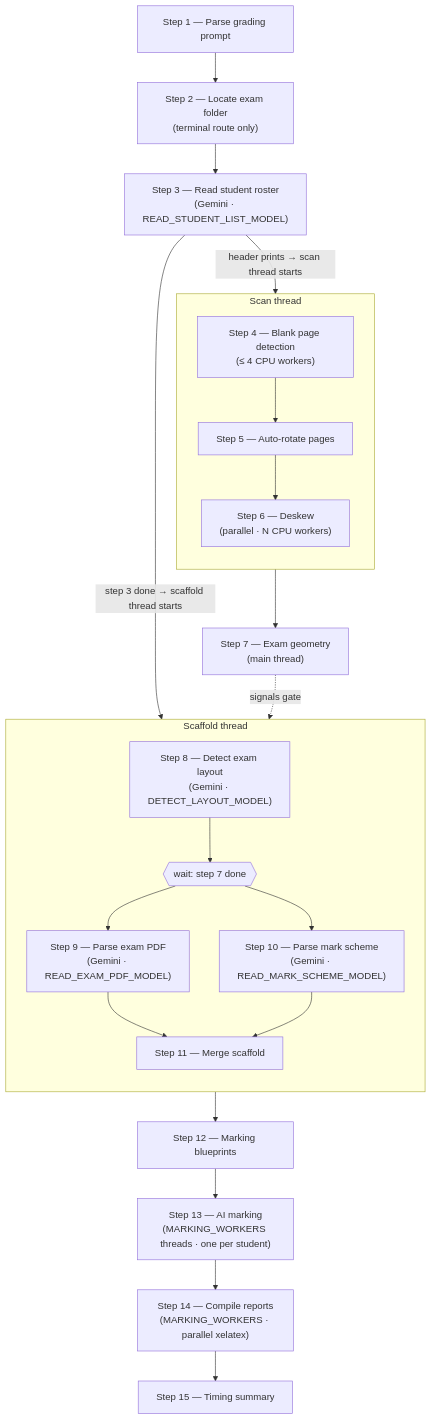
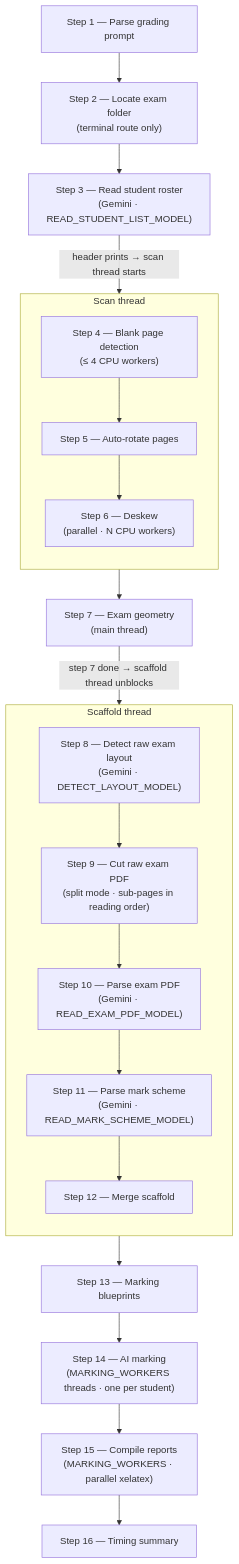
The third of 3 diagrams in README.md (JoschkaKoen/IGCSE-Exercise-Sheet-Generator-1), drawn with Mermaid before and after one commit. The commit also changed other lines of this file and 5 other files, not shown here.

First line of the commit message:
xscore: force_rebuild scaffold; blueprint subpage labels; marking prompt

````diff
--- a/README.md
+++ b/README.md
@@ -168,39 +168,36 @@
 ```mermaid
 flowchart TD
     s1["Step 1 — Parse grading prompt"]
     s2["Step 2 — Locate exam folder\n(terminal route only)"]
     s3["Step 3 — Read student roster\n(Gemini · READ_STUDENT_LIST_MODEL)"]
     s1 --> s2 --> s3
 
     s3 -->|"header prints → scan thread starts"| s4
-    s3 -->|"step 3 done → scaffold thread starts"| s8
 
     subgraph scan ["Scan thread"]
         direction TB
         s4["Step 4 — Blank page detection\n(≤ 4 CPU workers)"]
         s5["Step 5 — Auto-rotate pages"]
         s6["Step 6 — Deskew\n(parallel · N CPU workers)"]
         s4 --> s5 --> s6
     end
 
     s6 --> s7["Step 7 — Exam geometry\n(main thread)"]
 
+    s7 -->|"step 7 done → scaffold thread unblocks"| s8
+
     subgraph scaffold ["Scaffold thread"]
         direction TB
-        s8["Step 8 — Detect exam layout\n(Gemini · DETECT_LAYOUT_MODEL)"]
-        gate7{{"wait: step 7 done"}}
-        s9["Step 9 — Parse exam PDF\n(Gemini · READ_EXAM_PDF_MODEL)"]
-        s10["Step 10 — Parse mark scheme\n(Gemini · READ_MARK_SCHEME_MODEL)"]
-        s11["Step 11 — Merge scaffold"]
-        s8 --> gate7
-        gate7 --> s9 & s10
-        s9 & s10 --> s11
+        s8["Step 8 — Detect raw exam layout\n(Gemini · DETECT_LAYOUT_MODEL)"]
+        s9["Step 9 — Cut raw exam PDF\n(split mode · sub-pages in reading order)"]
+        s10["Step 10 — Parse exam PDF\n(Gemini · READ_EXAM_PDF_MODEL)"]
+        s11["Step 11 — Parse mark scheme\n(Gemini · READ_MARK_SCHEME_MODEL)"]
+        s12["Step 12 — Merge scaffold"]
+        s8 --> s9 --> s10 --> s11 --> s12
     end
 
-    s7 -.->|"signals gate"| gate7
-
-    s11 --> s12["Step 12 — Marking blueprints"]
-    s12 --> s13["Step 13 — AI marking\n(MARKING_WORKERS threads · one per student)"]
-    s13 --> s14["Step 14 — Compile reports\n(MARKING_WORKERS · parallel xelatex)"]
-    s14 --> s15["Step 15 — Timing summary"]
+    s12 --> s13["Step 13 — Marking blueprints"]
+    s13 --> s14["Step 14 — AI marking\n(MARKING_WORKERS threads · one per student)"]
+    s14 --> s15["Step 15 — Compile reports\n(MARKING_WORKERS · parallel xelatex)"]
+    s15 --> s16["Step 16 — Timing summary"]
 ```
````
